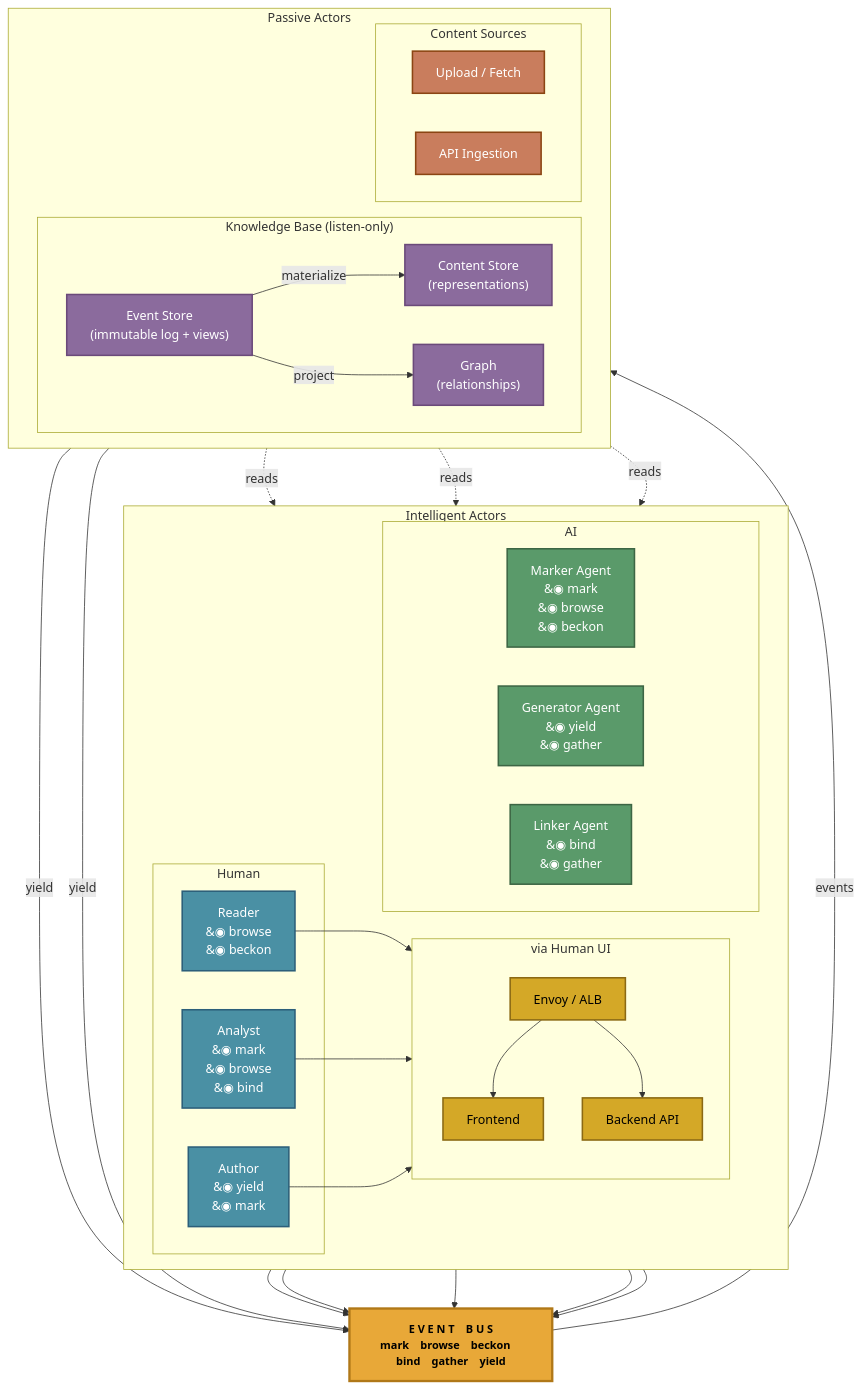
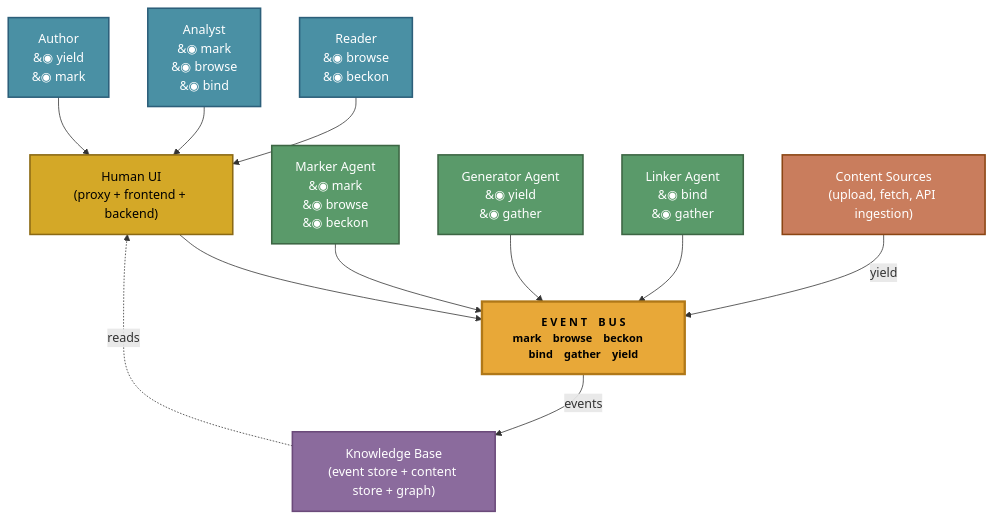
One commit to The-AI-Alliance/semiont changed the first of 3 diagrams in docs/ARCHITECTURE-NEXT.md. Above: the diagram before and after it, drawn with Mermaid. The commit also changed other lines of this file, not shown here.

Commit message:
extract KB and UI diagrams separately

````diff
--- a/docs/ARCHITECTURE-NEXT.md
+++ b/docs/ARCHITECTURE-NEXT.md
@@ -19,28 +19,14 @@
     %% ================================================================
     %% INTELLIGENT ACTORS (above the bus)
     %% ================================================================
-    subgraph intelligent ["Intelligent Actors"]
-        direction LR
 
-        subgraph human_actors ["Human"]
-            READER["Reader\n&#9673; browse\n&#9673; beckon"]
-            ANALYST["Analyst\n&#9673; mark\n&#9673; browse\n&#9673; bind"]
-            AUTHOR["Author\n&#9673; yield\n&#9673; mark"]
-        end
-
-        subgraph human_ui ["via Human UI"]
-            direction TB
-            PROXY["Envoy / ALB"]
-            FE["Frontend"]
-            BE["Backend API"]
-        end
-
-        subgraph ai_actors ["AI"]
-            MARKER["Marker Agent\n&#9673; mark\n&#9673; browse\n&#9673; beckon"]
-            GENERATOR["Generator Agent\n&#9673; yield\n&#9673; gather"]
-            LINKER["Linker Agent\n&#9673; bind\n&#9673; gather"]
-        end
-    end
+    READER["Reader\n&#9673; browse\n&#9673; beckon"]
+    ANALYST["Analyst\n&#9673; mark\n&#9673; browse\n&#9673; bind"]
+    AUTHOR["Author\n&#9673; yield\n&#9673; mark"]
+    UI["Human UI\n(proxy + frontend + backend)"]
+    MARKER["Marker Agent\n&#9673; mark\n&#9673; browse\n&#9673; beckon"]
+    GENERATOR["Generator Agent\n&#9673; yield\n&#9673; gather"]
+    LINKER["Linker Agent\n&#9673; bind\n&#9673; gather"]
 
     %% ================================================================
     %% EVENT BUS (wide horizontal bar in the center)
@@ -50,55 +36,30 @@
     %% ================================================================
     %% PASSIVE ACTORS (below the bus)
     %% ================================================================
-    subgraph passive ["Passive Actors"]
-        direction LR
 
-        subgraph knowledge_base ["Knowledge Base (listen-only)"]
-            EVENTSTORE["Event Store\n(immutable log + views)"]
-            CONTENT["Content Store\n(representations)"]
-            GRAPH["Graph\n(relationships)"]
-        end
-
-        subgraph content_streams ["Content Sources"]
-            UPLOAD["Upload / Fetch"]
-            INGEST["API Ingestion"]
-        end
-    end
+    KB["Knowledge Base\n(event store + content store + graph)"]
+    SOURCES["Content Sources\n(upload, fetch, API ingestion)"]
 
     %% ================================================================
     %% CONNECTIONS: Intelligent actors → Bus
     %% ================================================================
 
-    %% Humans go through the UI
-    READER --> PROXY
-    ANALYST --> PROXY
-    AUTHOR --> PROXY
-    PROXY --> FE
-    PROXY --> BE
-    FE --> BUS
-    BE --> BUS
+    READER --> UI
+    ANALYST --> UI
+    AUTHOR --> UI
+    UI --> BUS
 
-    %% AI actors connect directly
     MARKER --> BUS
     GENERATOR --> BUS
     LINKER --> BUS
 
     %% ================================================================
-    %% CONNECTIONS: Bus → Passive actors
+    %% CONNECTIONS: Bus ↔ Passive actors
     %% ================================================================
 
-    BUS -->|events| EVENTSTORE
-    EVENTSTORE -->|materialize| CONTENT
-    EVENTSTORE -->|project| GRAPH
-
-    %% Content sources feed into the bus
-    UPLOAD -->|yield| BUS
-    INGEST -->|yield| BUS
-
-    %% Knowledge base serves reads back up
-    CONTENT -.->|reads| BE
-    EVENTSTORE -.->|reads| BE
-    GRAPH -.->|reads| BE
+    BUS -->|events| KB
+    KB -.->|reads| UI
+    SOURCES -->|yield| BUS
 
     %% ================================================================
     %% STYLING
@@ -113,7 +74,7 @@
     class BUS bus
     class READER,ANALYST,AUTHOR human
     class MARKER,GENERATOR,LINKER ai
-    class PROXY,FE,BE ui
-    class CONTENT,EVENTSTORE,GRAPH kb
-    class UPLOAD,INGEST stream
+    class UI ui
+    class KB kb
+    class SOURCES stream
 ```
````
